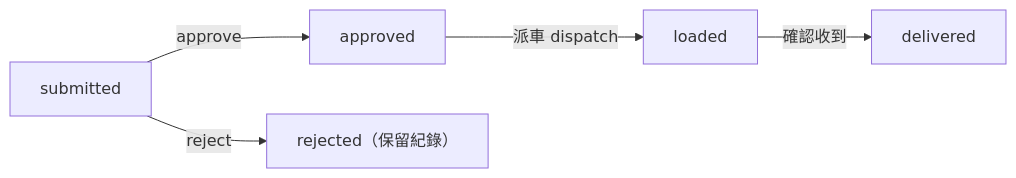
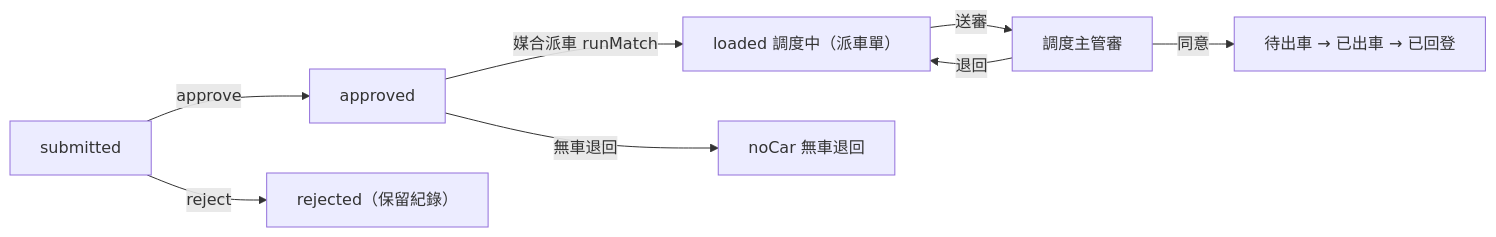
Before and after one commit to khcheng77/car-transport: the second of 6 diagrams in docs/LOGIC.md, drawn with Mermaid. The commit also changed other lines of this file and 7 other files, not shown here.

````diff
--- a/docs/LOGIC.md
+++ b/docs/LOGIC.md
@@ -295,7 +322,10 @@
 ```mermaid
 flowchart LR
   s1["submitted"] -->|approve| s2["approved"]
   s1 -->|reject| sr["rejected（保留紀錄）"]
-  s2 -->|派車 dispatch| s3["loaded"]
-  s3 -->|確認收到| s5["delivered"]
+  s2 -->|媒合派車 runMatch| s3["loaded 調度中（派車單）"]
+  s2 -->|無車退回| sn["noCar 無車退回"]
+  s3 -->|送審| s4["調度主管審"]
+  s4 -->|同意| s5["待出車 → 已出車 → 已回登"]
+  s4 -->|退回| s3
 ```
````
